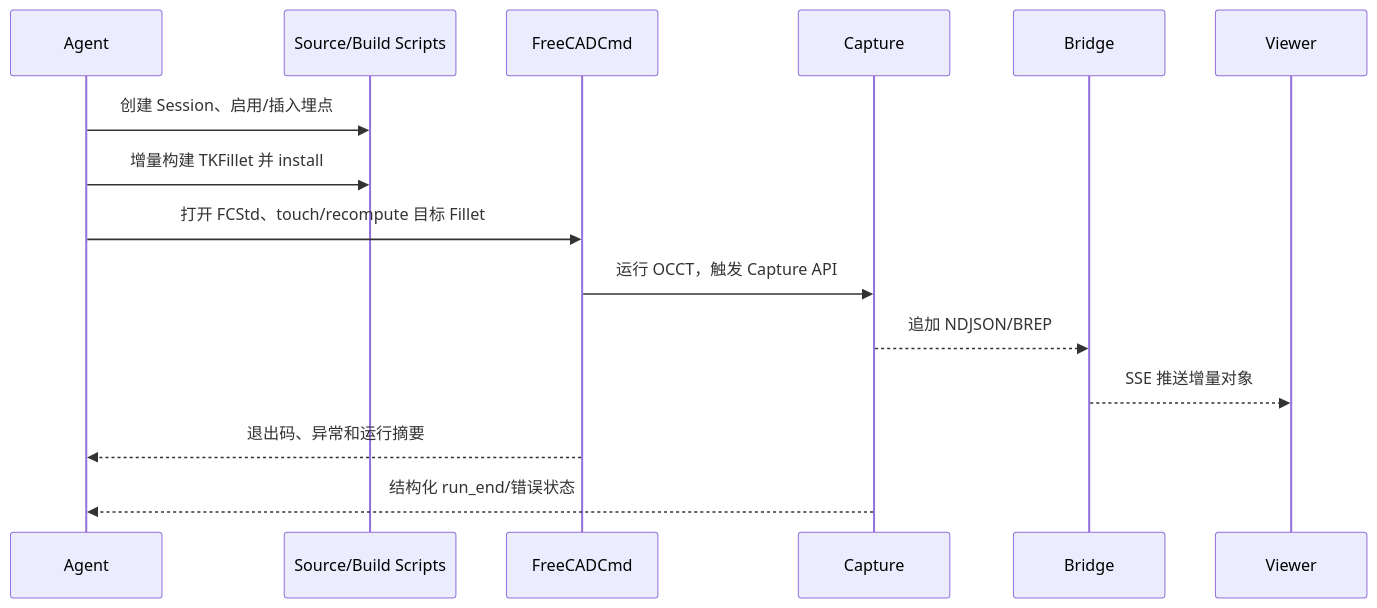
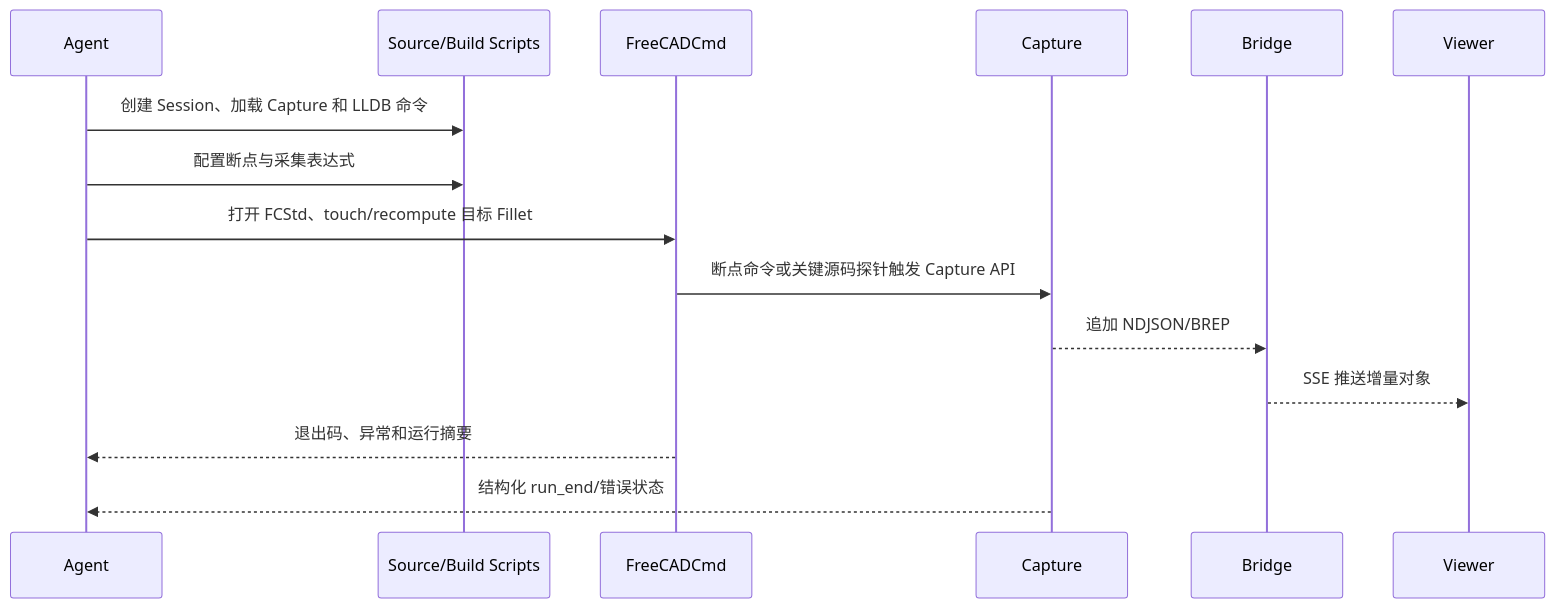
Before and after one commit to liyongzheng666/freecad-occt-debug-kit: the second of 2 diagrams in docs/occ-fillet-debug-agent-architecture.md, drawn with Mermaid. The commit also changed other lines of this file and 2 other files, not shown here.

Commit message:
docs: prioritize LLDB dynamic geometry capture

````diff
--- a/docs/occ-fillet-debug-agent-architecture.md
+++ b/docs/occ-fillet-debug-agent-architecture.md
@@ -695,18 +725,18 @@
 ```mermaid
 sequenceDiagram
     participant A as Agent
     participant S as Source/Build Scripts
     participant F as FreeCADCmd
     participant C as Capture
     participant B as Bridge
     participant V as Viewer
 
-    A->>S: 创建 Session、启用/插入埋点
-    A->>S: 增量构建 TKFillet 并 install
+    A->>S: 创建 Session、加载 Capture 和 LLDB 命令
+    A->>S: 配置断点与采集表达式
     A->>F: 打开 FCStd、touch/recompute 目标 Fillet
-    F->>C: 运行 OCCT，触发 Capture API
+    F->>C: 断点命令或关键源码探针触发 Capture API
     C-->>B: 追加 NDJSON/BREP
     B-->>V: SSE 推送增量对象
     F-->>A: 退出码、异常和运行摘要
     C-->>A: 结构化 run_end/错误状态
 ```
````
